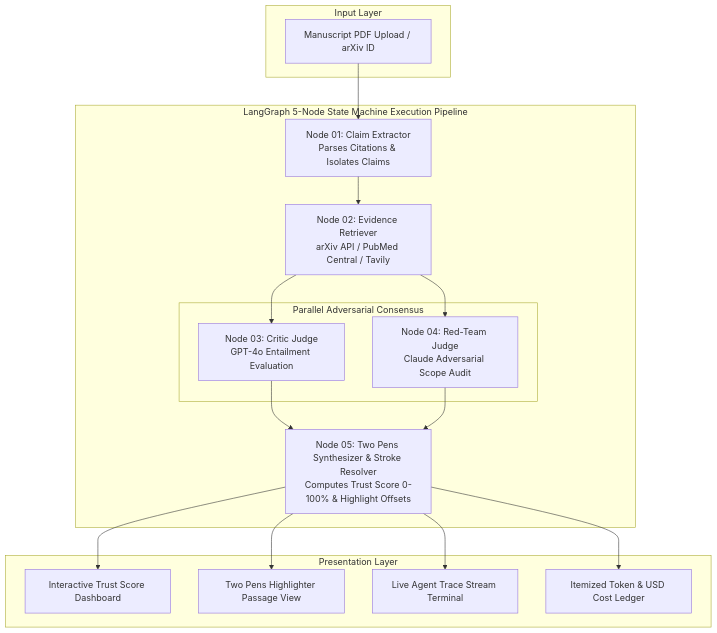
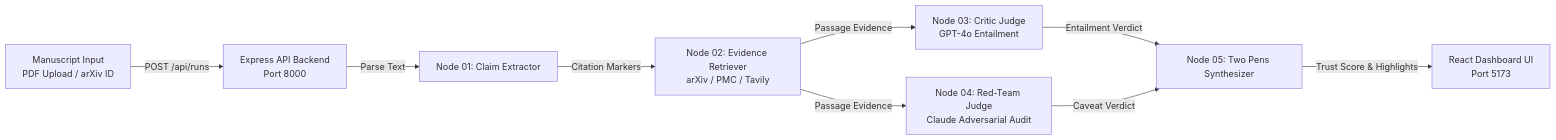
Before and after one commit to KanishJebaMathewM/Citation-Integrity-Engine: the diagram in README.md, drawn with Mermaid.

Commit message:
docs: update system architecture diagram to clean horizontal flowchart LR matching reference design

````diff
--- a/README.md
+++ b/README.md
@@ -19,36 +19,15 @@
 ```mermaid
-flowchart TD
-    subgraph Input ["Input Layer"]
-        A[Manuscript PDF Upload / arXiv ID]
-    end
-
-    subgraph StateMachine ["LangGraph 5-Node State Machine Execution Pipeline"]
-        B[Node 01: Claim Extractor<br/>Parses Citations &amp; Isolates Claims]
-        C[Node 02: Evidence Retriever<br/>arXiv API / PubMed Central / Tavily]
-        
-        subgraph Consensus ["Parallel Adversarial Consensus"]
-            D[Node 03: Critic Judge<br/>GPT-4o Entailment Evaluation]
-            E[Node 04: Red-Team Judge<br/>Claude Adversarial Scope Audit]
-        end
-        
-        F[Node 05: Two Pens Synthesizer &amp; Stroke Resolver<br/>Computes Trust Score 0-100% &amp; Highlight Offsets]
-    end
-
-    subgraph Presentation ["Presentation Layer"]
-        G[Interactive Trust Score Dashboard]
-        H[Two Pens Highlighter Passage View]
-        I[Live Agent Trace Stream Terminal]
-        J[Itemized Token &amp; USD Cost Ledger]
-    end
-
-    A --> B
-    B --> C
-    C --> D
-    C --> E
-    D --> F
-    E --> F
-    F --> G
-    F --> H
-    F --> I
-    F --> J
+flowchart LR
+    A[Manuscript Input<br/>PDF Upload / arXiv ID] -- POST /api/runs --> B[Express API Backend<br/>Port 8000]
+    
+    B -- Parse Text --> C[Node 01: Claim Extractor]
+    C -- Citation Markers --> D[Node 02: Evidence Retriever<br/>arXiv / PMC / Tavily]
+    
+    D -- Passage Evidence --> E[Node 03: Critic Judge<br/>GPT-4o Entailment]
+    D -- Passage Evidence --> F[Node 04: Red-Team Judge<br/>Claude Adversarial Audit]
+    
+    E -- Entailment Verdict --> G[Node 05: Two Pens Synthesizer]
+    F -- Caveat Verdict --> G
+    
+    G -- Trust Score &amp; Highlights --> H[React Dashboard UI<br/>Port 5173]
 ```
````
